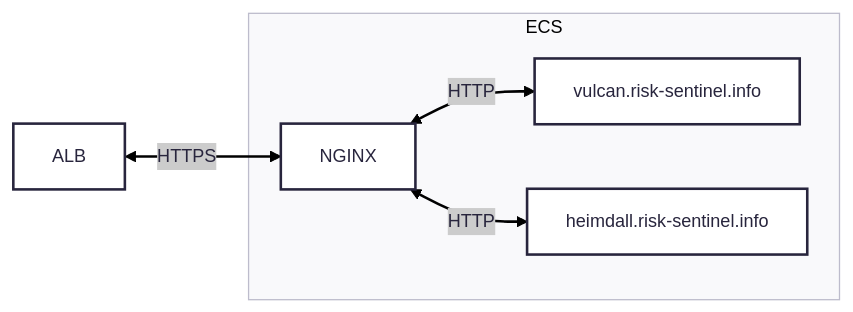
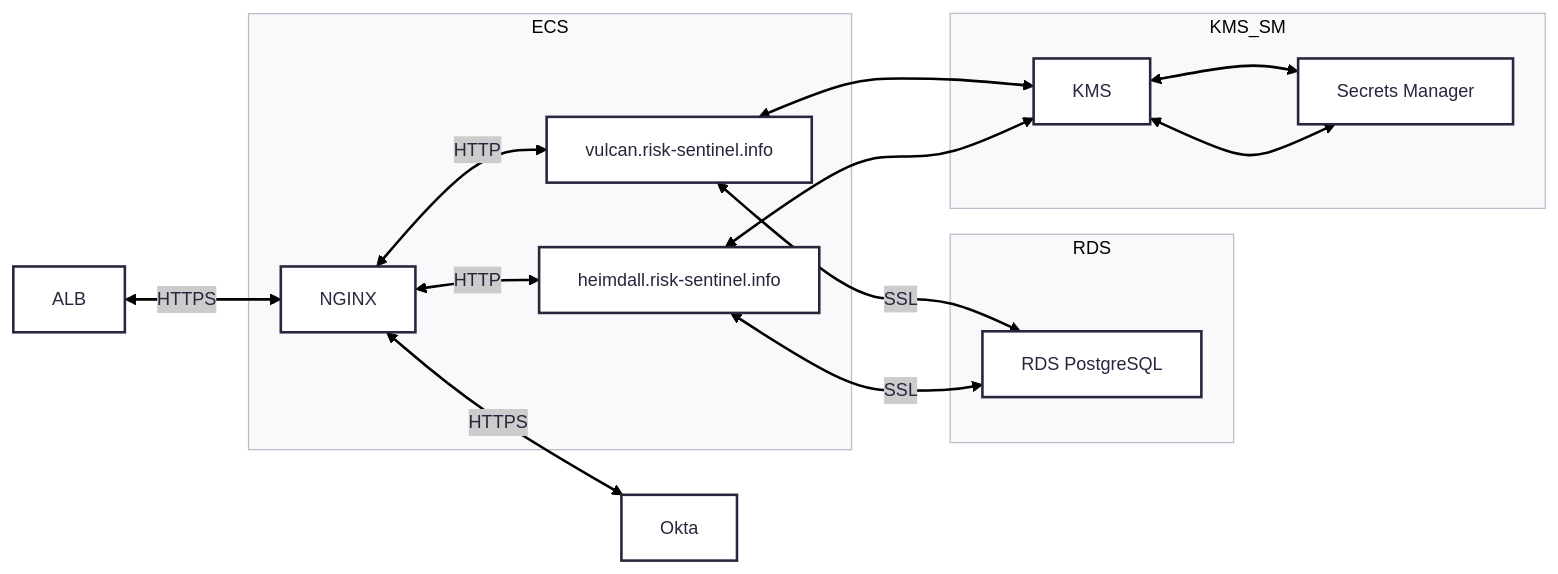
The second of 2 diagrams in README.md (clem-field/Sandbox), drawn with Mermaid before and after one commit. The commit also changed other lines of this file, not shown here.

````diff
--- a/README.md
+++ b/README.md
@@ -42,16 +42,32 @@
 ```mermaid
 ---
 config:
     theme: redux
 ---
 flowchart LR
     A["`ALB`"]
     B["`NGINX`"]
     C["`vulcan.risk-sentinel.info`"]
     D["`heimdall.risk-sentinel.info`"]
+    E["`RDS PostgreSQL`"]
+    F["`Secrets Manager`"]
+    f["`KMS`"]
+    G["`Okta`"]
     A <--> |HTTPS| B 
     subgraph ECS 
     B <--> |HTTP| C
     B <--> |HTTP| D
     end
+    subgraph RDS
+    C <--> | SSL | E
+    D <--> | SSL | E
+    end
+    B <--> | HTTPS | G
+    subgraph KMS_SM
+    F
+    f
+    end
+    C <--> f <--> F
+    D <--> f <--> F 
+    
 ```
````
